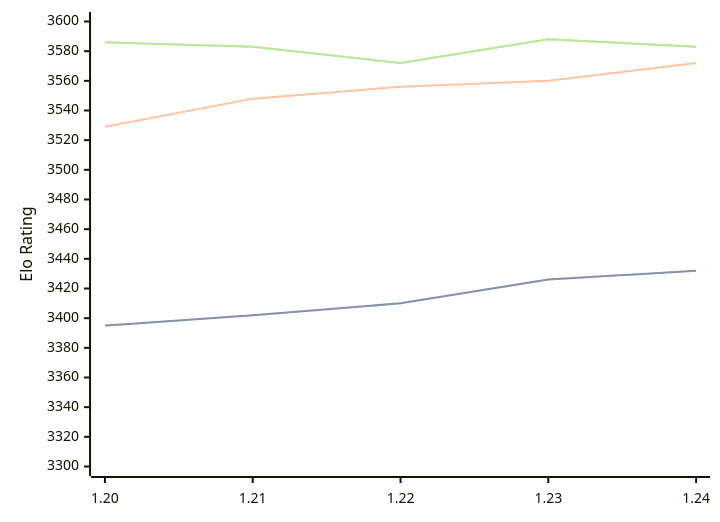
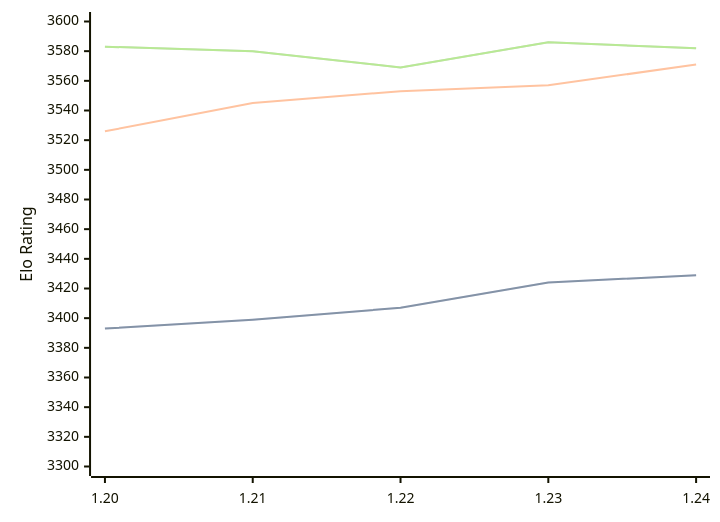
Before and after one commit to computer-chess-index/cci: the diagram in engines/Caissa.md, drawn with Mermaid. The commit also changed other lines of this file, not shown here.

Commit message:
Update CCI Ratings (ELO VLTC) - 2026-03-10

````diff
--- a/engines/Caissa.md
+++ b/engines/Caissa.md
@@ -62,11 +62,11 @@
 ```mermaid
 %%{init: {"theme":"base","themeVariables":{"seriesColors:['#a3a3a3','#222221','#faa371']}}}%%
 xychart-beta
   x-axis ["1.20", "1.21", "1.22", "1.23", "1.24"]
   y-axis "Elo Rating" 3300 --> 3600
-  line "STC (8.0+0.08s)" [3395, 3402, 3410, 3426, 3432]
-  line "STC (8.0+0.08s)" [3395, 3402, 3410, 3426, 3432]
-  line "LTC (60.0+0.60s)" [3529, 3548, 3556, 3560, 3572]
-  line "VLTC (2m24s+1.12s)" [3586, 3583, 3572, 3588, 3583]
-  line "VLTC (2m24s+1.12s)" [3586, 3583, 3572, 3588, 3583]
+  line "STC (8.0+0.08s)" [3393, 3399, 3407, 3424, 3429]
+  line "STC (8.0+0.08s)" [3393, 3399, 3407, 3424, 3429]
+  line "LTC (60.0+0.60s)" [3526, 3545, 3553, 3557, 3571]
+  line "VLTC (2m24s+1.12s)" [3583, 3580, 3569, 3586, 3582]
+  line "VLTC (2m24s+1.12s)" [3583, 3580, 3569, 3586, 3582]
 ```
````
